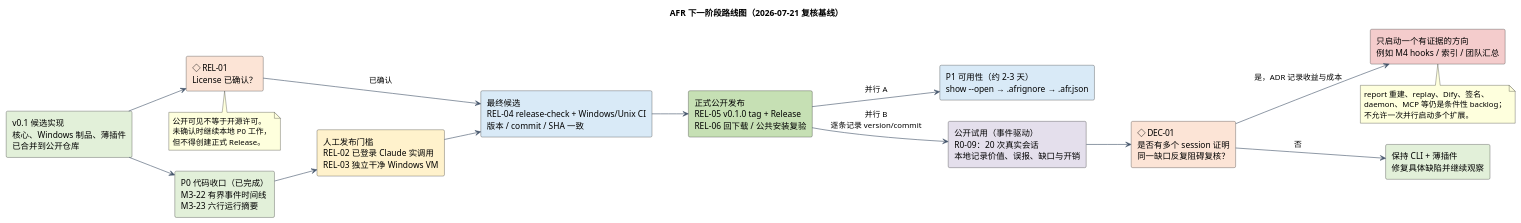
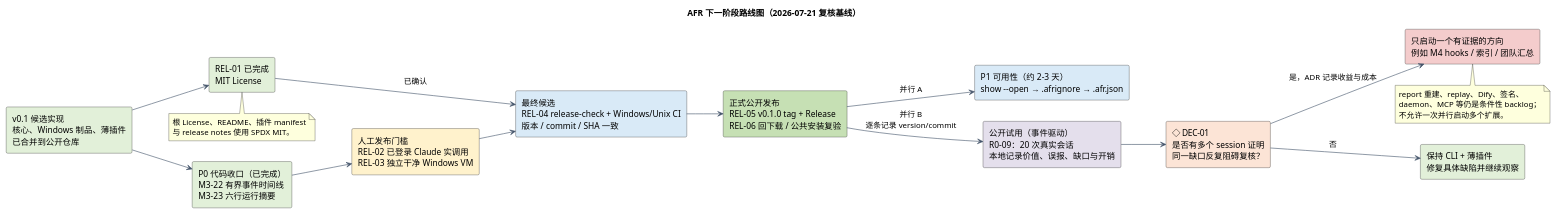
One commit to liao96312/agent-flight-recorder changed the tenth of 10 diagrams in docs/architecture.puml. Above: the diagram before and after it, drawn with PlantUML. The commit also changed 9 other files, not shown here.

First line of the commit message:
docs: adopt MIT license (#3)

```diff
--- a/docs/architecture.puml
+++ b/docs/architecture.puml
@@ -613,46 +613,45 @@
 @startuml AFR_10_Next_Roadmap
 title AFR 下一阶段路线图（2026-07-21 复核基线）
 
 skinparam backgroundColor #FFFFFF
 skinparam shadowing false
 skinparam defaultFontName Microsoft YaHei
 skinparam ArrowColor #44546A
 left to right direction
 
 rectangle "v0.1 候选实现\n核心、Windows 制品、薄插件\n已合并到公开仓库" as Candidate #E2F0D9
 rectangle "P0 代码收口（已完成）\nM3-22 有界事件时间线\nM3-23 六行运行摘要" as P0Close #E2F0D9
-rectangle "◇ REL-01\nLicense 已确认？" as License #FCE4D6
+rectangle "REL-01 已完成\nMIT License" as License #E2F0D9
 rectangle "人工发布门槛\nREL-02 已登录 Claude 实调用\nREL-03 独立干净 Windows VM" as Manual #FFF2CC
 rectangle "最终候选\nREL-04 release-check + Windows/Unix CI\n版本 / commit / SHA 一致" as RC #D9EAF7
 rectangle "正式公开发布\nREL-05 v0.1.0 tag + Release\nREL-06 回下载 / 公共安装复验" as Release #C6E0B4
 rectangle "P1 可用性（约 2–3 天）\nshow --open → .afrignore → .afr.json" as P1 #D9EAF7
 rectangle "公开试用（事件驱动）\nR0-09：20 次真实会话\n本地记录价值、误报、缺口与开销" as Pilot #E4DFEC
 rectangle "◇ DEC-01\n是否有多个 session 证明\n同一缺口反复阻碍复核？" as DataGate #FCE4D6
 rectangle "保持 CLI + 薄插件\n修复具体缺陷并继续观察" as Maintain #E2F0D9
 rectangle "只启动一个有证据的方向\n例如 M4 hooks / 索引 / 团队汇总" as OneDirection #F4CCCC
 
 Candidate --> P0Close
 Candidate --> License
 P0Close --> Manual
 Manual --> RC
 License --> RC : 已确认
 RC --> Release
 Release --> P1 : 并行 A
 Release --> Pilot : 并行 B\n逐条记录 version/commit
 Pilot --> DataGate
 DataGate --> OneDirection : 是，ADR 记录收益与成本
 DataGate --> Maintain : 否
 
 note bottom of License
-  公开可见不等于开源许可。
-  未确认时继续本地 P0 工作，
-  但不得创建正式 Release。
+  根 License、README、插件 manifest
+  与 release notes 使用 SPDX MIT。
 end note
 
 note bottom of OneDirection
   report 重建、replay、Dify、签名、
   daemon、MCP 等仍是条件性 backlog；
   不允许一次并行启动多个扩展。
 end note
 
 @enduml
```
